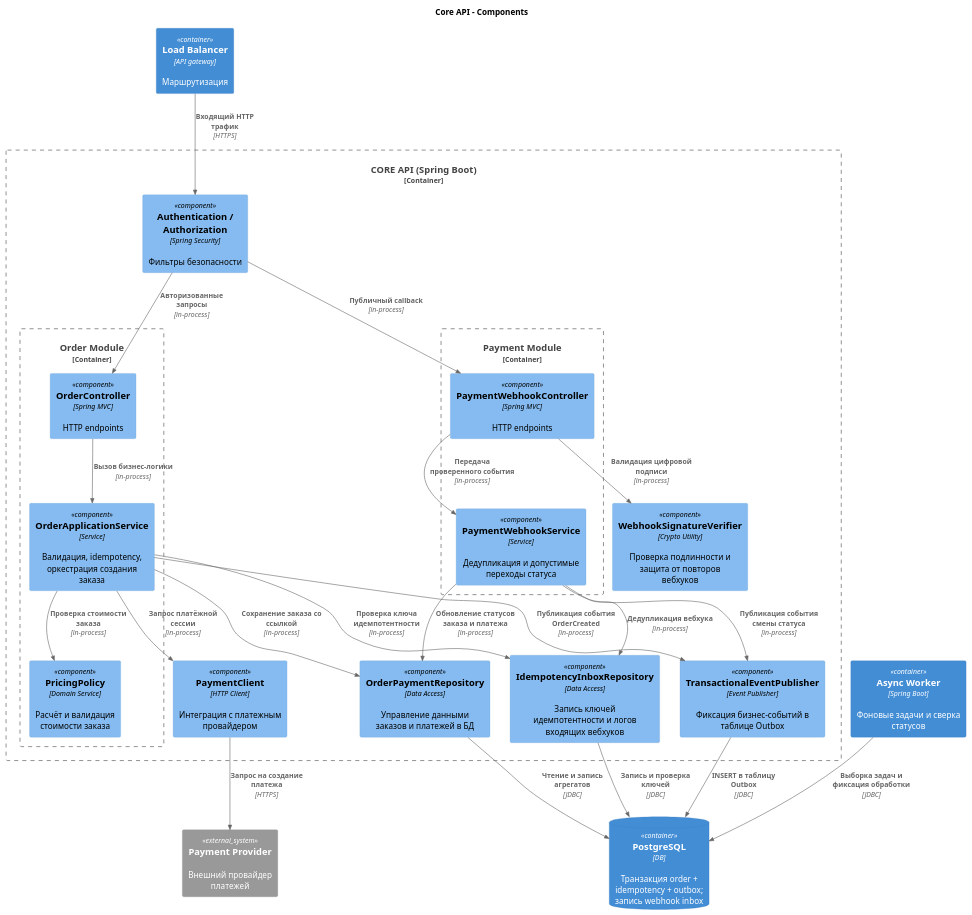
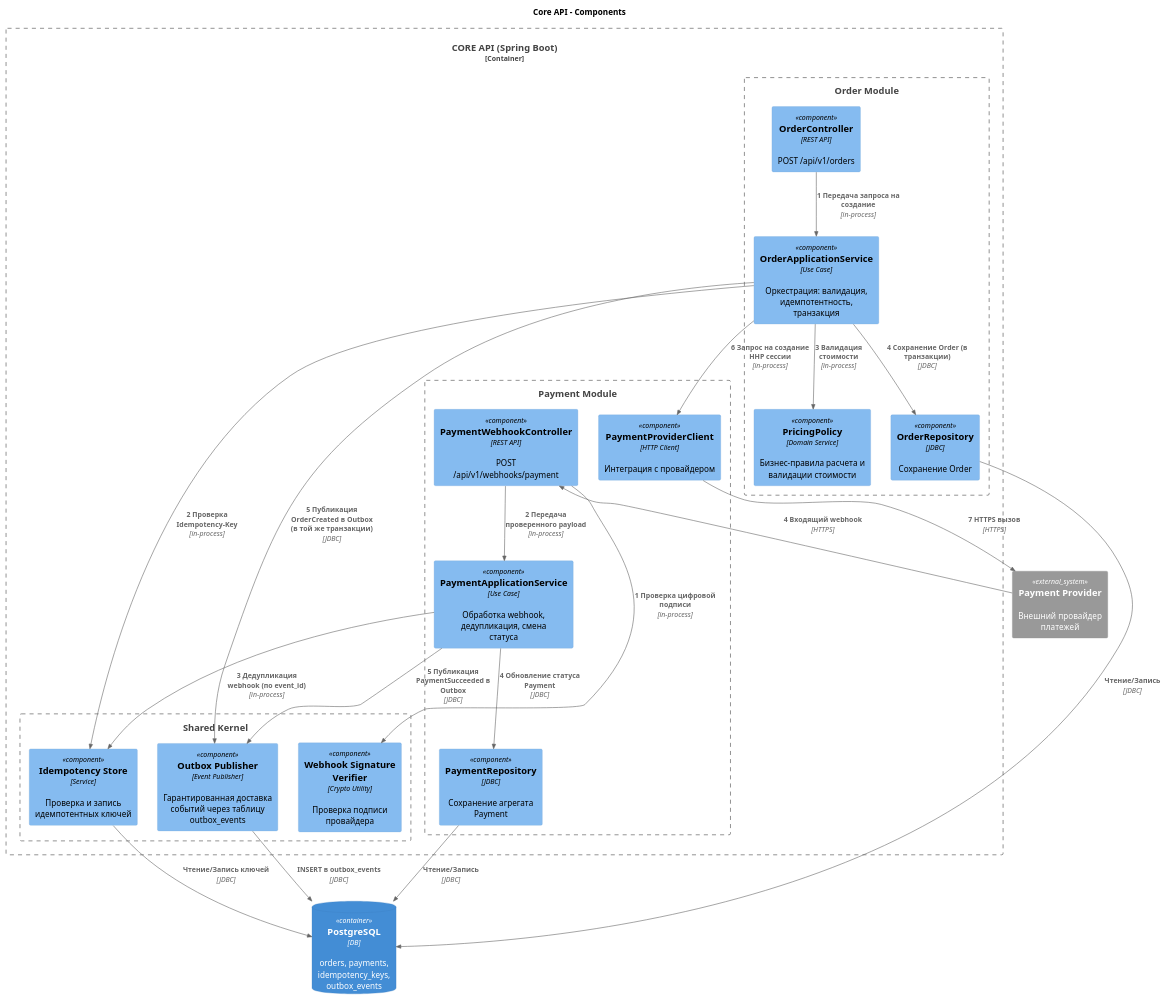
One commit to Adsimka/order-system-architecture changed the diagram in docs/diagrams/c4/component/orders-api-component.puml. Above: the diagram before and after it, drawn with PlantUML. The commit also changed 2 other files, not shown here.

Commit message:
fix c4 diagrams

```diff
--- a/docs/diagrams/c4/component/orders-api-component.puml
+++ b/docs/diagrams/c4/component/orders-api-component.puml
@@ -1,52 +1,50 @@
-@startuml component
-!include https://raw.githubusercontent.com/plantuml-stdlib/C4-PlantUML/v2.12.0/C4_Component.puml
+@startuml
+
+ !include https://raw.githubusercontent.com/plantuml-stdlib/C4-PlantUML/v2.12.0/C4_Component.puml
 
 title Core API - Components
 
-Container(edge, "Load Balancer", "API gateway", "Маршрутизация")
-Container(worker, "Async Worker", "Spring Boot", "Фоновые задачи и сверка статусов")
-ContainerDb(db, "PostgreSQL", "DB", "Транзакция order + idempotency + outbox; запись webhook inbox")
+ContainerDb(db, "PostgreSQL", "DB", "orders, payments, idempotency_keys, outbox_events")
 System_Ext(paymentProvider, "Payment Provider", "Внешний провайдер платежей")
 
 Container_Boundary(core, "CORE API (Spring Boot)") {
-  Component(auth, "Authentication / Authorization", "Spring Security", "Фильтры безопасности")
-
-  Container_Boundary(order_mod, "Order Module") {
-    Component(oc, "OrderController", "Spring MVC", "HTTP endpoints")
-    Component(os, "OrderApplicationService", "Service", "Валидация, idempotency, оркестрация создания заказа")
-    Component(price, "PricingPolicy", "Domain Service", "Расчёт и валидация стоимости заказа")
-  }
-  Container_Boundary(pay_mod, "Payment Module") {
-      Component(wc, "PaymentWebhookController", "Spring MVC", "HTTP endpoints")
-      Component(ws, "PaymentWebhookService", "Service", "Дедупликация и допустимые переходы статуса")
-
-  }
-  Component(pclient, "PaymentClient", "HTTP Client", "Интеграция с платежным провайдером")
-  Component(pclient, "PaymentClient", "HTTP Client", "Интеграция с платежным провайдером")
-  Component(sig, "WebhookSignatureVerifier", "Crypto Utility", "Проверка подлинности и защита от повторов вебхуков")
-  Component(repo, "OrderPaymentRepository", "Data Access", "Управление данными заказов и платежей в БД")
-  Component(dedup, "IdempotencyInboxRepository", "Data Access", "Запись ключей идемпотентности и логов входящих вебхуков")
-  Component(pub, "TransactionalEventPublisher", "Event Publisher", "Фиксация бизнес-событий в таблице Outbox")
+    Boundary(shared, "Shared Kernel") {
+        Component(idempotencyStore, "Idempotency Store", "Service", "Проверка и запись идемпотентных ключей")
+        Component(outboxPublisher, "Outbox Publisher", "Event Publisher", "Гарантированная доставка событий через таблицу outbox_events")
+        Component(sigVerifier, "Webhook Signature Verifier", "Crypto Utility", "Проверка подписи провайдера")
+    }
+    Boundary(orderMod, "Order Module") {
+        Component(orderApi, "OrderController", "REST API", "POST /api/v1/orders")
+        Component(orderApp, "OrderApplicationService", "Use Case", "Оркестрация: валидация, идемпотентность, транзакция")
+        Component(pricingPolicy, "PricingPolicy", "Domain Service", "Бизнес-правила расчета и валидации стоимости")
+        Component(orderRepo, "OrderRepository", "JDBC", "Сохранение Order")
+    }
+    Boundary(paymentMod, "Payment Module") {
+        Component(webhookApi, "PaymentWebhookController", "REST API", "POST /api/v1/webhooks/payment")
+        Component(paymentApp, "PaymentApplicationService", "Use Case", "Обработка webhook, дедупликация, смена статуса")
+        Component(paymentClient, "PaymentProviderClient", "HTTP Client", "Интеграция с провайдером")
+        Component(paymentRepo, "PaymentRepository", "JDBC", "Сохранение агрегата Payment")
+    }
 }
 
-Rel(edge, auth, "Входящий HTTP трафик", "HTTPS")
-Rel(auth, oc, "Авторизованные запросы", "in-process")
-Rel(auth, wc, "Публичный callback", "in-process")
-Rel(oc, os, "Вызов бизнес-логики", "in-process")
-Rel(os, price, "Проверка стоимости заказа", "in-process")
-Rel(os, pclient, "Запрос платёжной сессии", "in-process")
-Rel(pclient, paymentProvider, "Запрос на создание платежа", "HTTPS")
-Rel(os, repo, "Сохранение заказа со ссылкой", "in-process")
-Rel(os, dedup, "Проверка ключа идемпотентности", "in-process")
-Rel(os, pub, "Публикация события OrderCreated", "in-process")
-Rel(wc, sig, "Валидация цифровой подписи", "in-process")
-Rel(wc, ws, "Передача проверенного события", "in-process")
-Rel(ws, repo, "Обновление статусов заказа и платежа", "in-process")
-Rel(ws, dedup, "Дедупликация вебхука", "in-process")
-Rel(ws, pub, "Публикация события смены статуса", "in-process")
-Rel(repo, db, "Чтение и запись агрегатов", "JDBC")
-Rel(dedup, db, "Запись и проверка ключей", "JDBC")
-Rel(pub, db, "INSERT в таблицу Outbox", "JDBC")
-Rel(worker, db, "Выборка задач и фиксация обработки", "JDBC")
+Rel(orderApi, orderApp, "1 Передача запроса на создание", "in-process")
+Rel(orderApp, idempotencyStore, "2 Проверка Idempotency-Key", "in-process")
+Rel(orderApp, pricingPolicy, "3 Валидация стоимости", "in-process")
+Rel(orderApp, orderRepo, "4 Сохранение Order (в транзакции)", "JDBC")
+Rel(orderApp, outboxPublisher, "5 Публикация OrderCreated в Outbox (в той же транзакции)", "JDBC")
+Rel(orderApp, paymentClient, "6 Запрос на создание HHP сессии", "in-process")
+Rel(paymentClient, paymentProvider, "7 HTTPS вызов", "HTTPS")
+
+Rel(webhookApi, sigVerifier, "1 Проверка цифровой подписи", "in-process")
+Rel(webhookApi, paymentApp, "2 Передача проверенного payload", "in-process")
+Rel(paymentApp, idempotencyStore, "3 Дедупликация webhook (по event_id)", "in-process")
+Rel(paymentApp, paymentRepo, "4 Обновление статуса Payment", "JDBC")
+Rel(paymentProvider, webhookApi, "4 Входящий webhook", "HTTPS")
+Rel(paymentApp, outboxPublisher, "5 Публикация PaymentSucceeded в Outbox", "JDBC")
+
+Rel(orderRepo, db, "Чтение/Запись", "JDBC")
+Rel(paymentRepo, db, "Чтение/Запись", "JDBC")
+Rel(idempotencyStore, db, "Чтение/Запись ключей", "JDBC")
+Rel(outboxPublisher, db, "INSERT в outbox_events", "JDBC")
 
 @enduml
```
